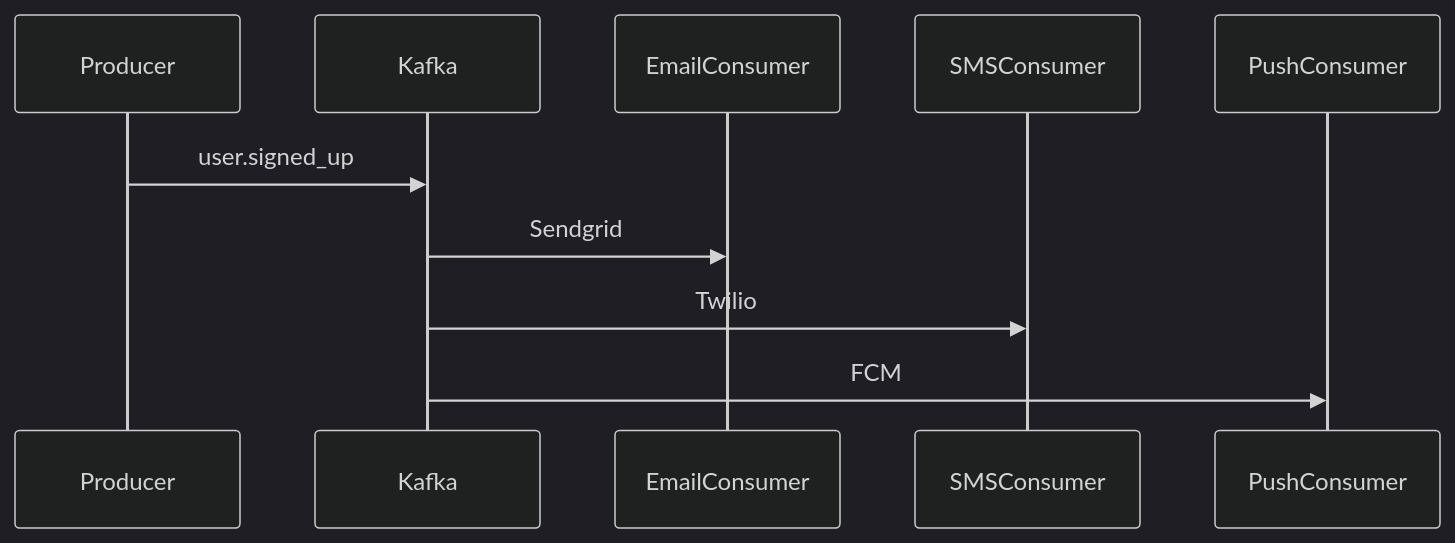
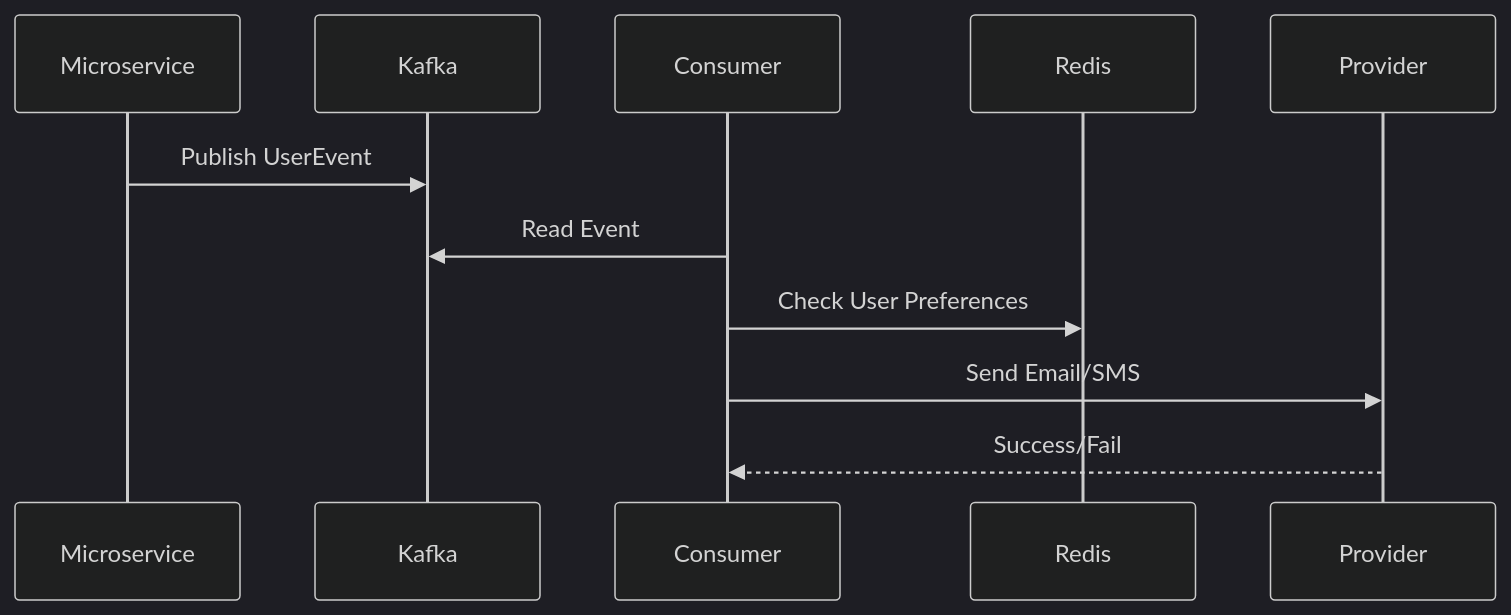
One commit to SumitDalavi/event-driven-notifications changed the diagram in docs/architecture.md. Above: the diagram before and after it, drawn with Mermaid (dark theme). The commit also changed other lines of this file and 1 other file, not shown here.

Commit message:
docs: implement detailed README and architecture docs

````diff
--- a/docs/architecture.md
+++ b/docs/architecture.md
@@ -6,7 +6,8 @@
 ```mermaid
 sequenceDiagram
-Producer->>Kafka: user.signed_up
-Kafka->>EmailConsumer: Sendgrid
-Kafka->>SMSConsumer: Twilio
-Kafka->>PushConsumer: FCM
+    Microservice->>Kafka: Publish UserEvent
+Consumer->>Kafka: Read Event
+Consumer->>Redis: Check User Preferences
+Consumer->>Provider: Send Email/SMS
+Provider-->>Consumer: Success/Fail
 ```
````
